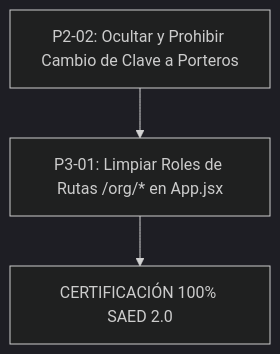
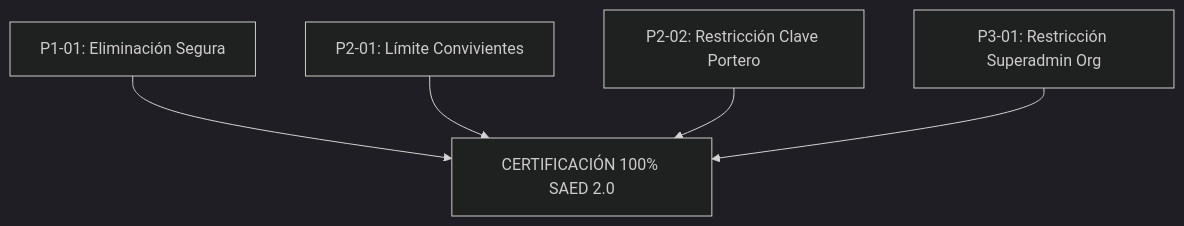
Before and after one commit to Sebasr0311/SAED: the diagram in docs/SAED_MODEL_MASTER_IMPLEMENTATION_AUDIT.md, drawn with Mermaid (dark theme). The commit also changed other lines of this file and 2 other files, not shown here.

Commit message:
test(security): certify portero password change restriction

````diff
--- a/docs/SAED_MODEL_MASTER_IMPLEMENTATION_AUDIT.md
+++ b/docs/SAED_MODEL_MASTER_IMPLEMENTATION_AUDIT.md
@@ -220,5 +229,7 @@
 ```mermaid
 flowchart TD
-    A["P2-02: Ocultar y Prohibir Cambio de Clave a Porteros"] --> B["P3-01: Limpiar Roles de Rutas /org/* en App.jsx"]
-    B --> C["CERTIFICACIÓN 100% SAED 2.0"]
+    A["P1-01: Eliminación Segura"] --> D["CERTIFICACIÓN 100% SAED 2.0"]
+    B["P2-01: Límite Convivientes"] --> D
+    C["P2-02: Restricción Clave Portero"] --> D
+    E["P3-01: Restricción Superadmin Org"] --> D
 ```
````
